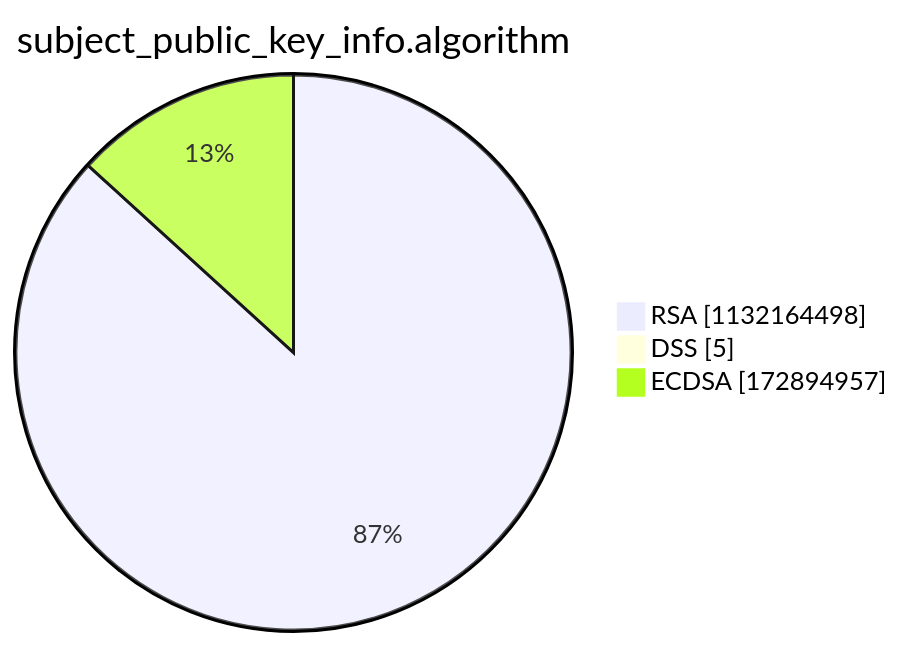
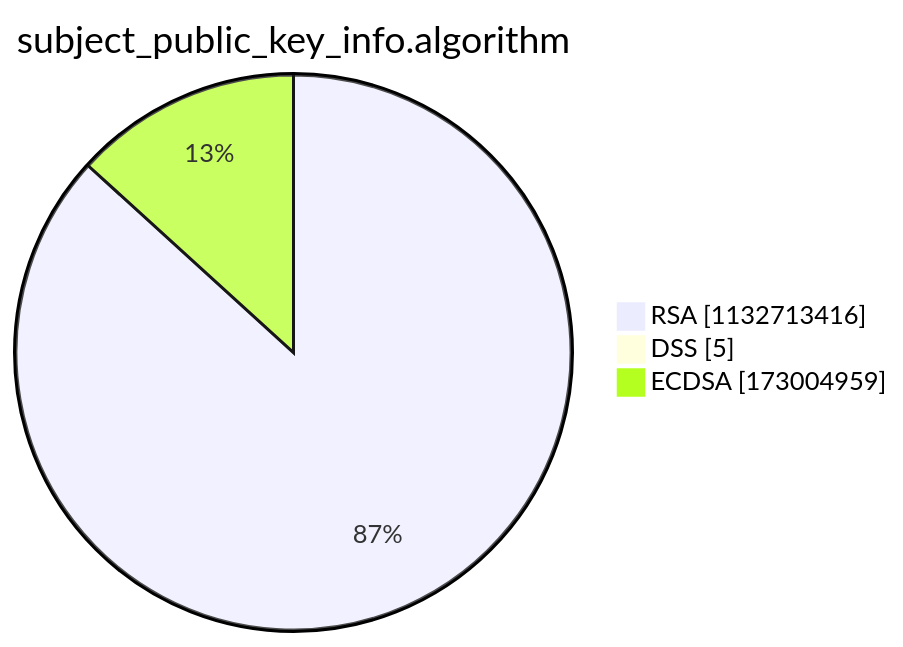
Before and after one commit to christiankrug/ctmonitor_visualization: the third of 15 diagrams in argon2022/README.md, drawn with Mermaid. The commit also changed other lines of this file, not shown here.

````diff
--- a/argon2022/README.md
+++ b/argon2022/README.md
@@ -14,7 +14,7 @@
 ```mermaid
 pie showData
 title subject_public_key_info.algorithm
-"RSA" :1132164498
+"RSA" :1132713416
 "DSS" :5
-"ECDSA" :172894957
+"ECDSA" :173004959
 ```
````
